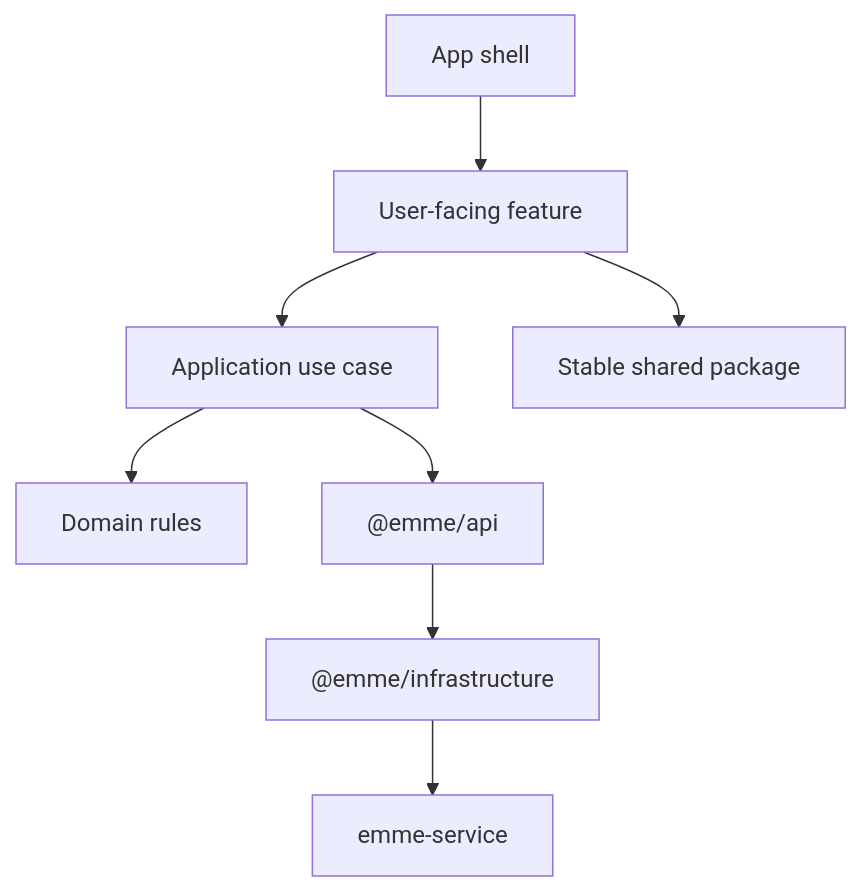
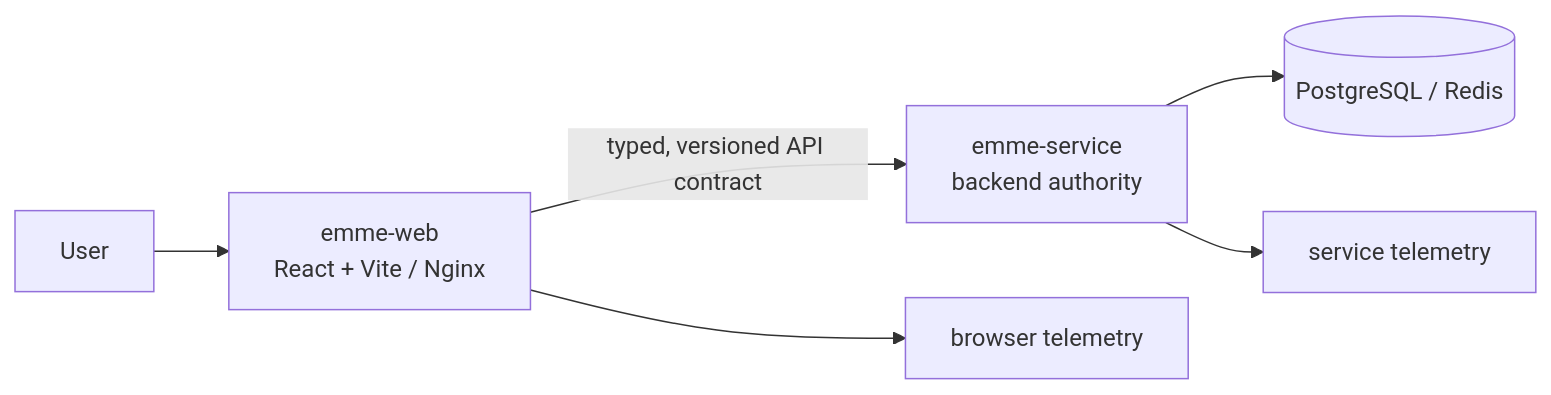
Before and after one commit to migangdelzar/emme-web: the first of 2 diagrams in docs/architecture/00-project/architecture-model.md, drawn with Mermaid. The commit also changed other lines of this file and 35 other files, not shown here.

Commit message:
docs(architecture): restore canonical handbook detail

````diff
--- a/docs/architecture/00-project/architecture-model.md
+++ b/docs/architecture/00-project/architecture-model.md
@@ -9,10 +14,8 @@
 ```mermaid
-flowchart TB
-    Shell["App shell"] --> Feature["User-facing feature"]
-    Feature --> Application["Application use case"]
-    Application --> Domain["Domain rules"]
-    Application --> Api["@emme/api"]
-    Api --> Infrastructure["@emme/infrastructure"]
-    Infrastructure --> Service["emme-service"]
-    Feature --> Shared["Stable shared package"]
+flowchart LR
+    User --> Web["emme-web\nReact + Vite / Nginx"]
+    Web -->|"typed, versioned API contract"| Service["emme-service\nbackend authority"]
+    Service --> Data[(PostgreSQL / Redis)]
+    Web --> WebTelemetry["browser telemetry"]
+    Service --> ServiceTelemetry["service telemetry"]
 ```
````
